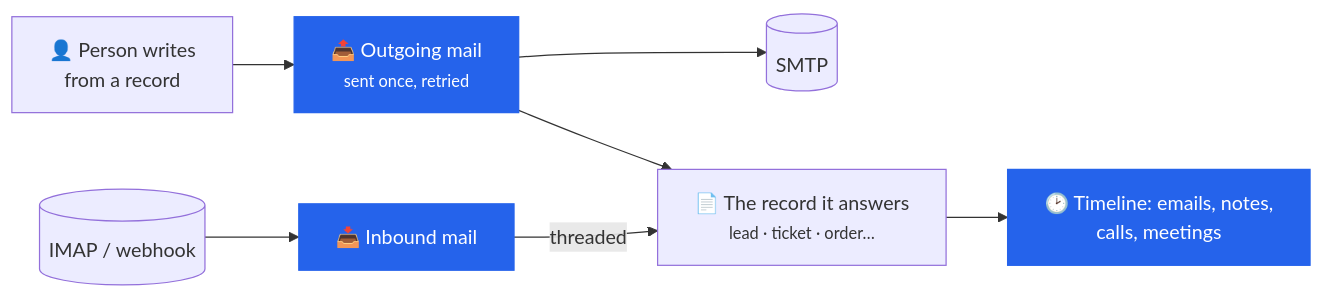
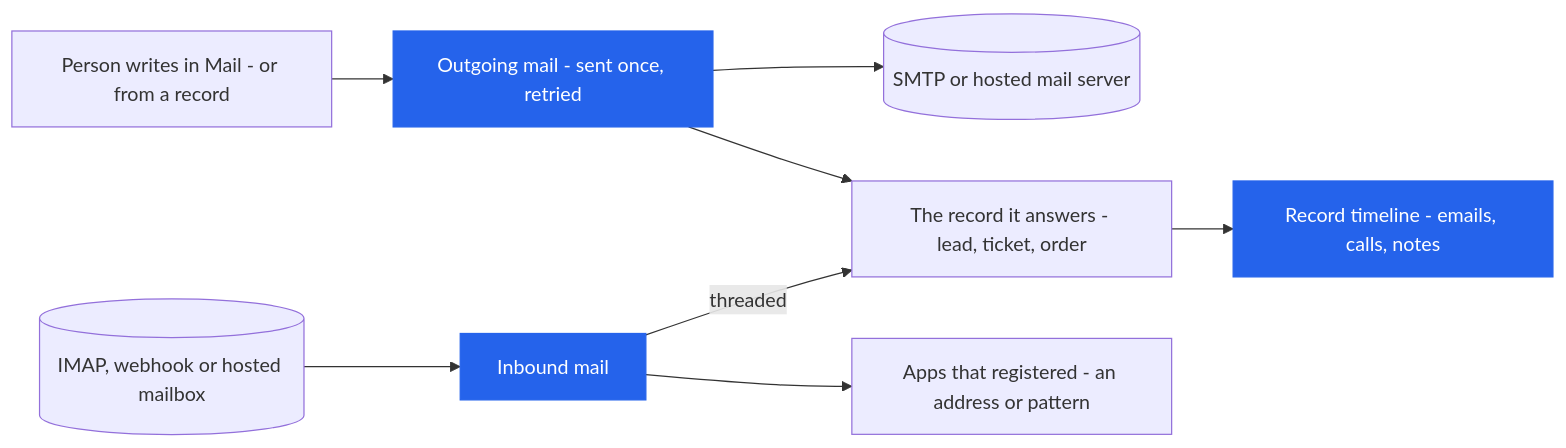
One commit to CBFerrum/ferrum-app-comms changed the first of 3 diagrams in README.md. Above: the diagram before and after it, drawn with Mermaid. The commit also changed other lines of this file and 60 other files, not shown here.

First line of the commit message:
docs: end-to-end README with screenshots, features, comparison and roadmap

````diff
--- a/README.md
+++ b/README.md
@@ -109,11 +369,12 @@
 ```mermaid
 flowchart LR
-    U["👤 Person writes<br/>from a record"] --> OUT["📤 Outgoing mail<br/><small>sent once, retried</small>"]
-    OUT --> SMTP[("SMTP")]
-    IMAP[("IMAP / webhook")] --> IN["📥 Inbound mail"]
-    IN -->|threaded| REC["📄 The record it answers<br/><small>lead · ticket · order…</small>"]
+    P["Person writes in Mail - or from a record"] --> OUT["Outgoing mail - sent once, retried"]
+    OUT --> SMTP[("SMTP or hosted mail server")]
+    IN[("IMAP, webhook or hosted mailbox")] --> RECV["Inbound mail"]
+    RECV -->|threaded| REC["The record it answers - lead, ticket, order"]
+    RECV --> APPS["Apps that registered - an address or pattern"]
     OUT --> REC
-    REC --> TL["🕑 Timeline: emails, notes,<br/>calls, meetings"]
+    REC --> TL["Record timeline - emails, calls, notes"]
     classDef app fill:#2563eb,color:#fff,stroke:#2563eb
-    class OUT,IN,TL app
+    class OUT,RECV,TL app
 ```
````
